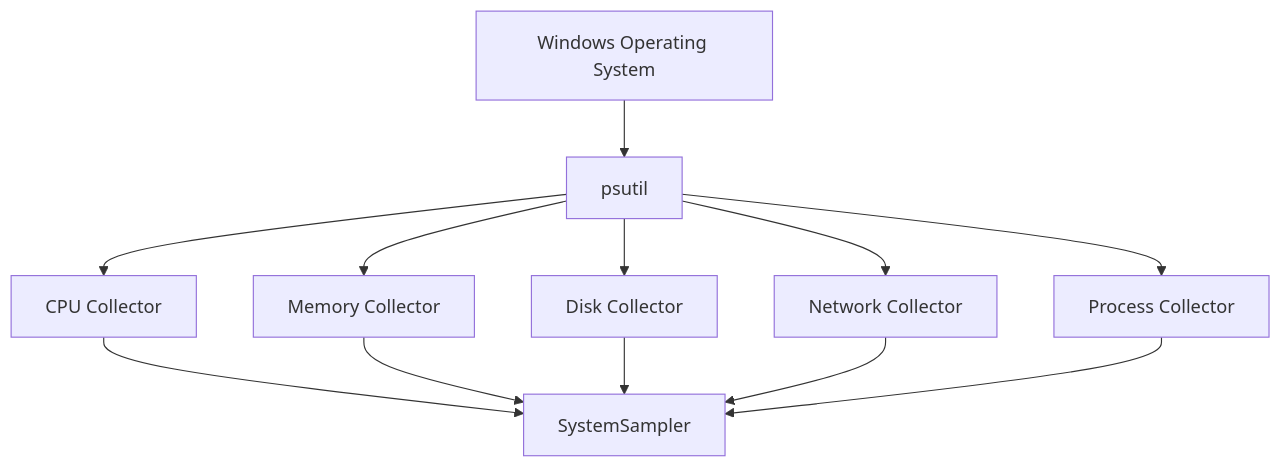
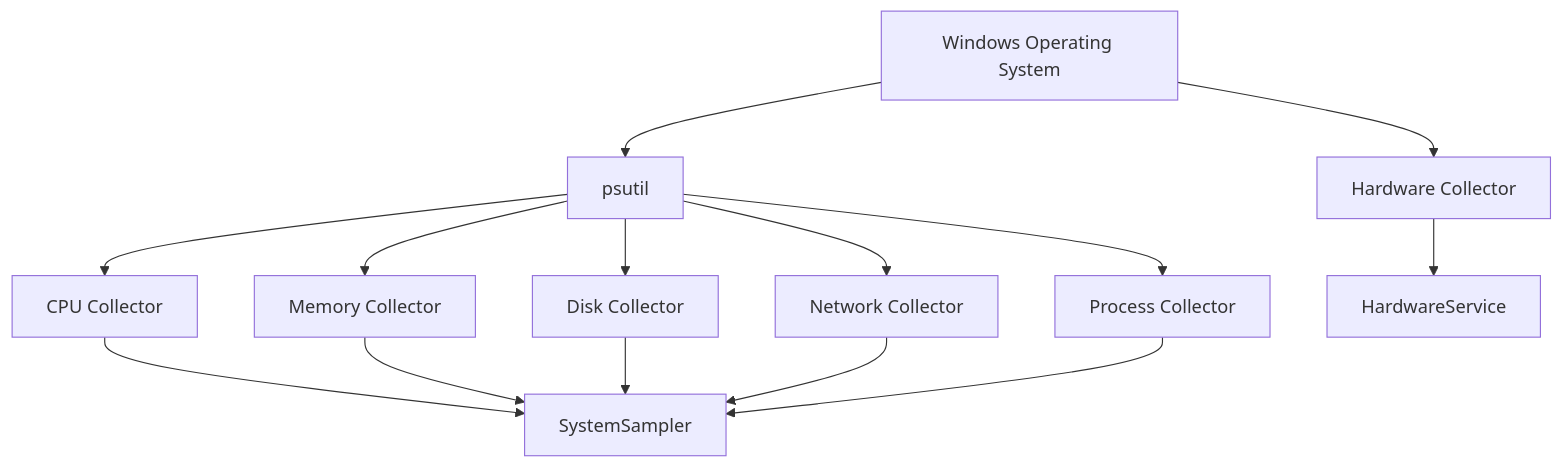
One commit to IronRon/Sys-Monitor changed the first of 2 diagrams in docs/collectors.md. Above: the diagram before and after it, drawn with Mermaid. The commit also changed other lines of this file and 19 other files, not shown here.

````diff
--- a/docs/collectors.md
+++ b/docs/collectors.md
@@ -36,18 +36,22 @@
 ```mermaid
 flowchart TD
     Windows[Windows Operating System]
 
     Windows --> Psutil[psutil]
 
     Psutil --> CPU[CPU Collector]
     Psutil --> Memory[Memory Collector]
     Psutil --> Disk[Disk Collector]
     Psutil --> Network[Network Collector]
     Psutil --> Processes[Process Collector]
 
+    Windows --> Hardware[Hardware Collector]
+
     CPU --> Sampler[SystemSampler]
     Memory --> Sampler
     Disk --> Sampler
     Network --> Sampler
     Processes --> Sampler
+
+    Hardware --> HardwareService[HardwareService]
 ```
````
